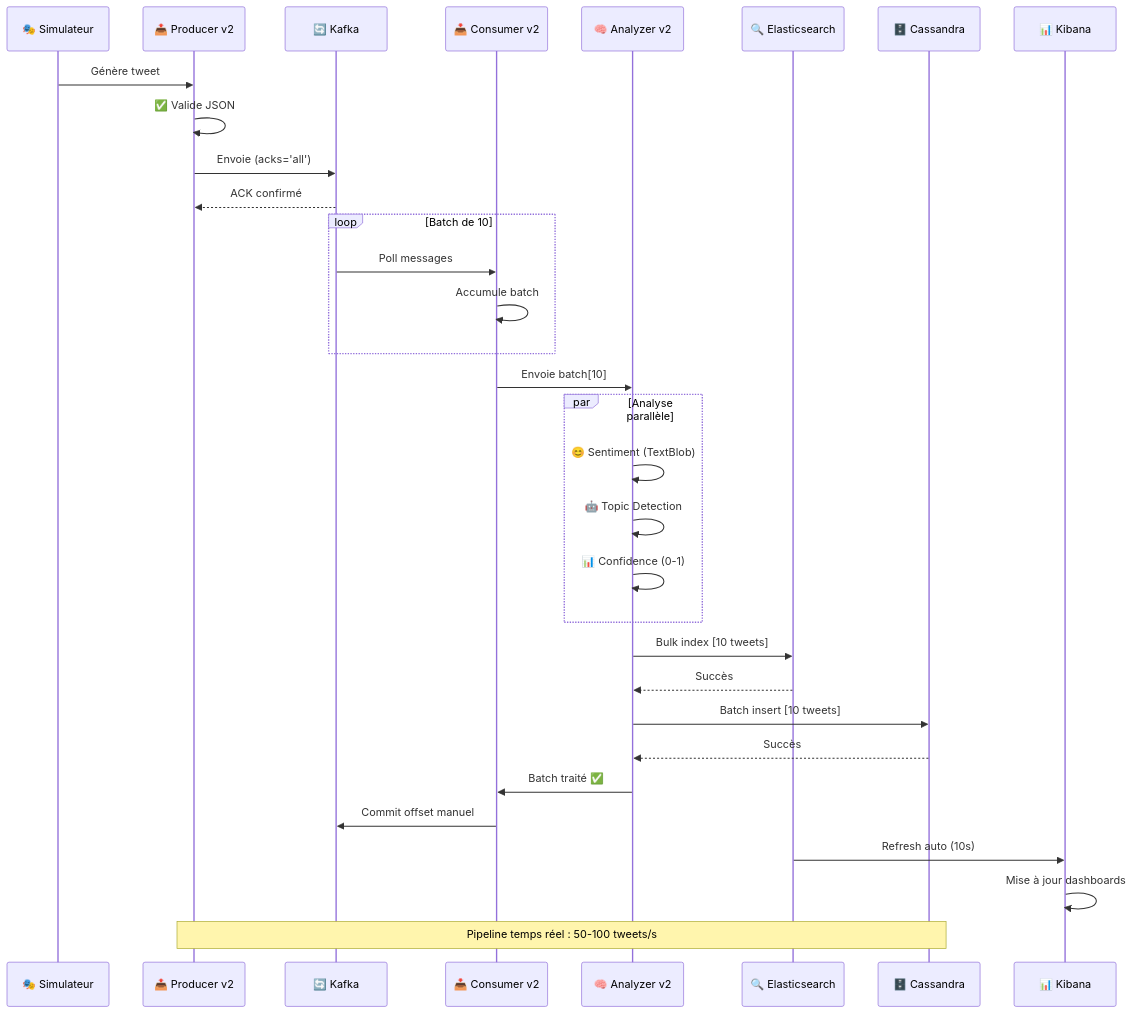
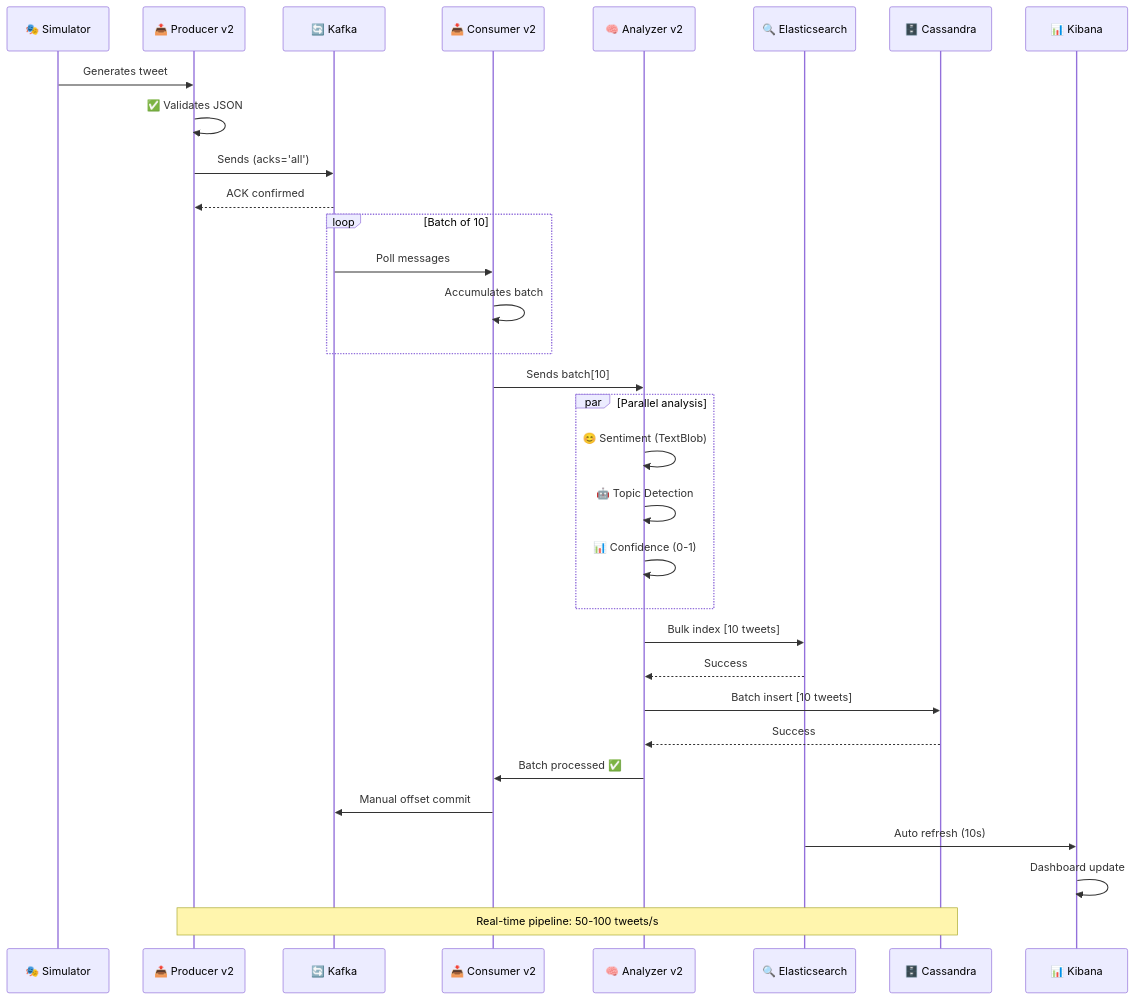
Before and after one commit to jeyji1949/Real-time-tweets-streaming: the second of 2 diagrams in README.md, drawn with Mermaid. The commit also changed other lines of this file, not shown here.

````diff
--- a/README.md
+++ b/README.md
@@ -91,43 +91,43 @@
 ```mermaid
 sequenceDiagram
-    participant Sim as 🎭 Simulateur
+    participant Sim as 🎭 Simulator
     participant Prod as 📤 Producer v2
     participant Kafka as 🔄 Kafka
     participant Cons as 📥 Consumer v2
     participant Anal as 🧠 Analyzer v2
     participant ES as 🔍 Elasticsearch
     participant Cass as 🗄️ Cassandra
     participant Kib as 📊 Kibana
     
-    Sim->>Prod: Génère tweet
-    Prod->>Prod: ✅ Valide JSON
-    Prod->>Kafka: Envoie (acks='all')
-    Kafka-->>Prod: ACK confirmé
+    Sim->>Prod: Generates tweet
+    Prod->>Prod: ✅ Validates JSON
+    Prod->>Kafka: Sends (acks='all')
+    Kafka-->>Prod: ACK confirmed
     
-    loop Batch de 10
+    loop Batch of 10
         Kafka->>Cons: Poll messages
-        Cons->>Cons: Accumule batch
+        Cons->>Cons: Accumulates batch
     end
     
-    Cons->>Anal: Envoie batch[10]
+    Cons->>Anal: Sends batch[10]
     
-    par Analyse parallèle
+    par Parallel analysis
         Anal->>Anal: 😊 Sentiment (TextBlob)
         Anal->>Anal: 🤖 Topic Detection
         Anal->>Anal: 📊 Confidence (0-1)
     end
     
     Anal->>ES: Bulk index [10 tweets]
-    ES-->>Anal: Succès
+    ES-->>Anal: Success
     
     Anal->>Cass: Batch insert [10 tweets]
-    Cass-->>Anal: Succès
+    Cass-->>Anal: Success
     
-    Anal->>Cons: Batch traité ✅
-    Cons->>Kafka: Commit offset manuel
+    Anal->>Cons: Batch processed ✅
+    Cons->>Kafka: Manual offset commit
     
-    ES->>Kib: Refresh auto (10s)
-    Kib->>Kib: Mise à jour dashboards
+    ES->>Kib: Auto refresh (10s)
+    Kib->>Kib: Dashboard update
     
-    Note over Prod,Cass: Pipeline temps réel : 50-100 tweets/s
+    Note over Prod,Cass: Real-time pipeline: 50-100 tweets/s
 ```
````
